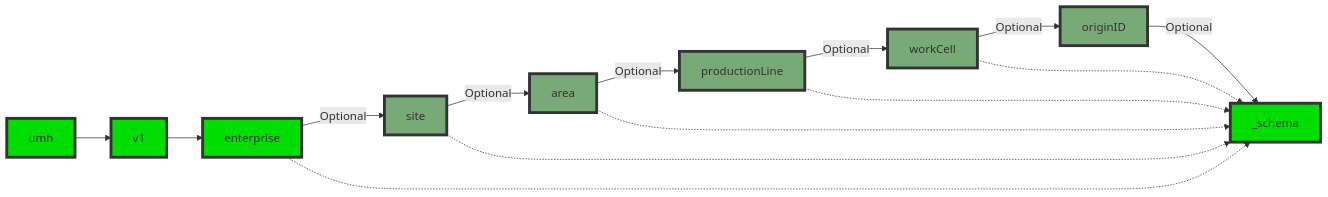
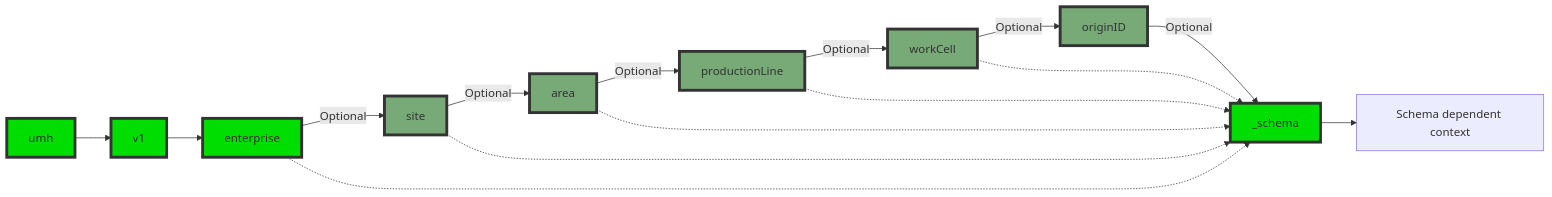
The diagram in umh.docs.umh.app/content/en/docs/datamodel/messages/_index.md (united-manufacturing-hub/umh.docs.umh.app), drawn with Mermaid before and after one commit. The commit also changed other lines of this file, not shown here.

```diff
--- a/umh.docs.umh.app/content/en/docs/datamodel/messages/_index.md
+++ b/umh.docs.umh.app/content/en/docs/datamodel/messages/_index.md
@@ -12,22 +12,23 @@
 {{<mermaid theme="neutral" >}}
 flowchart LR
     umh --> v1
     v1 --> enterprise
     enterprise -->|Optional| site
     site -->|Optional| area
     area -->|Optional| productionLine
     productionLine -->|Optional| workCell
     workCell -->|Optional| originID
     originID -->|Optional| _schema
+    _schema -->_opt["Schema dependent context"]
     
     classDef mqtt fill:#00dd00,stroke:#333,stroke-width:4px;
     class umh,v1,enterprise,_schema mqtt;
     classDef optional fill:#77aa77,stroke:#333,stroke-width:4px;
     class site,area,productionLine,workCell,originID optional;
     
     enterprise -.-> _schema
     site -.-> _schema
     area -.-> _schema
     productionLine -.-> _schema
     workCell -.-> _schema
 {{</ mermaid >}}
```
